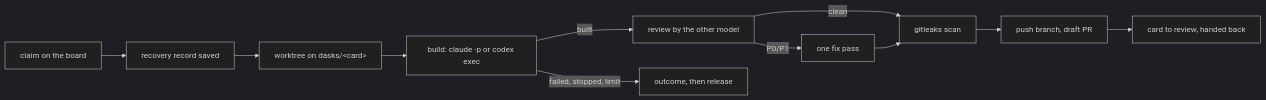
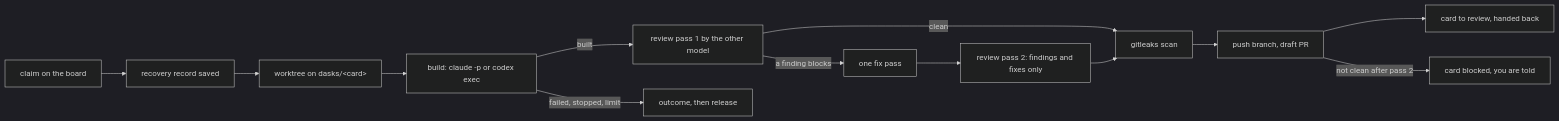
One commit to drake-agent/dasks-kit changed the diagram in docs/runner.md. Above: the diagram before and after it, drawn with Mermaid (dark theme). The commit also changed other lines of this file and 18 other files, not shown here.

First line of the commit message:
Code review: at most 2 passes; a finding blocks only with a repro or a high-risk tag

````diff
--- a/docs/runner.md
+++ b/docs/runner.md
@@ -7,13 +7,15 @@
 ```mermaid
 flowchart LR
   A[claim on the board] --> B[recovery record saved]
   B --> C[worktree on dasks/&lt;card&gt;]
   C --> D[build: claude -p or codex exec]
-  D -->|built| E[review by the other model]
-  E -->|P0/P1| F[one fix pass]
+  D -->|built| E[review pass 1 by the other model]
+  E -->|a finding blocks| F[one fix pass]
+  F --> P[review pass 2: findings and fixes only]
   E -->|clean| G[gitleaks scan]
-  F --> G
+  P --> G
   G --> H[push branch, draft PR]
   H --> I[card to review, handed back]
+  H -->|not clean after pass 2| B2[card blocked, you are told]
   D -->|failed, stopped, limit| R[outcome, then release]
 ```
````
